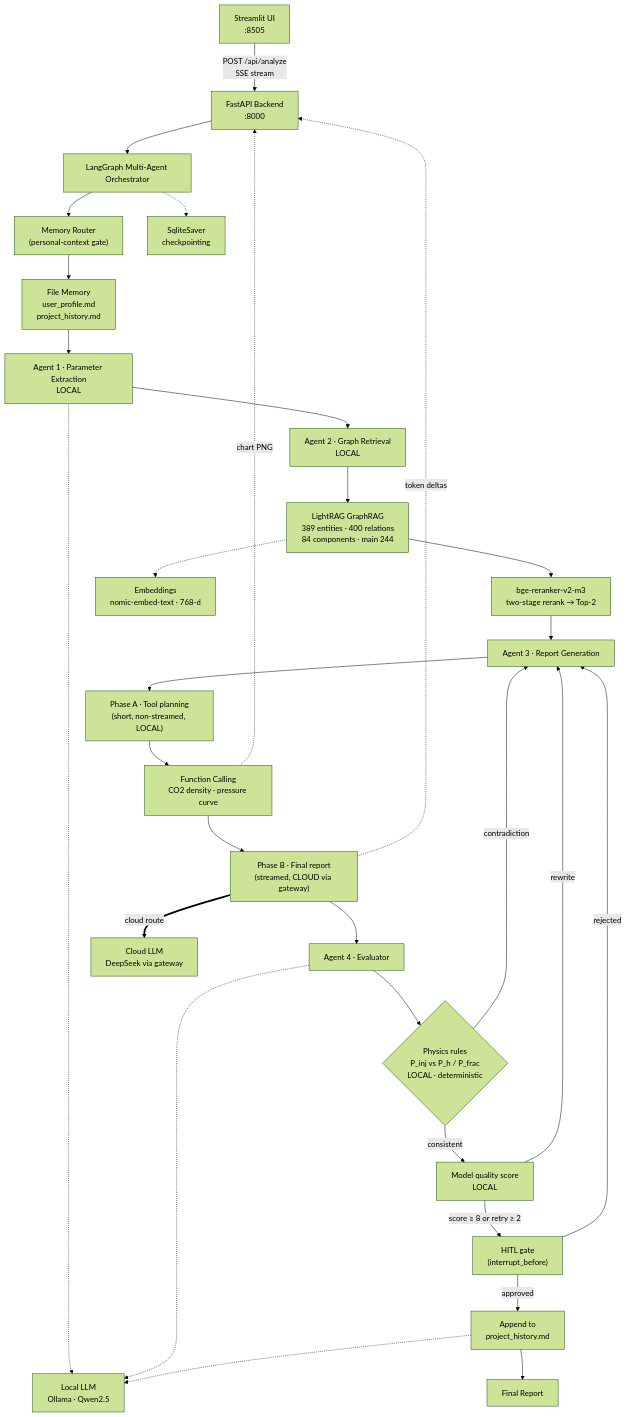
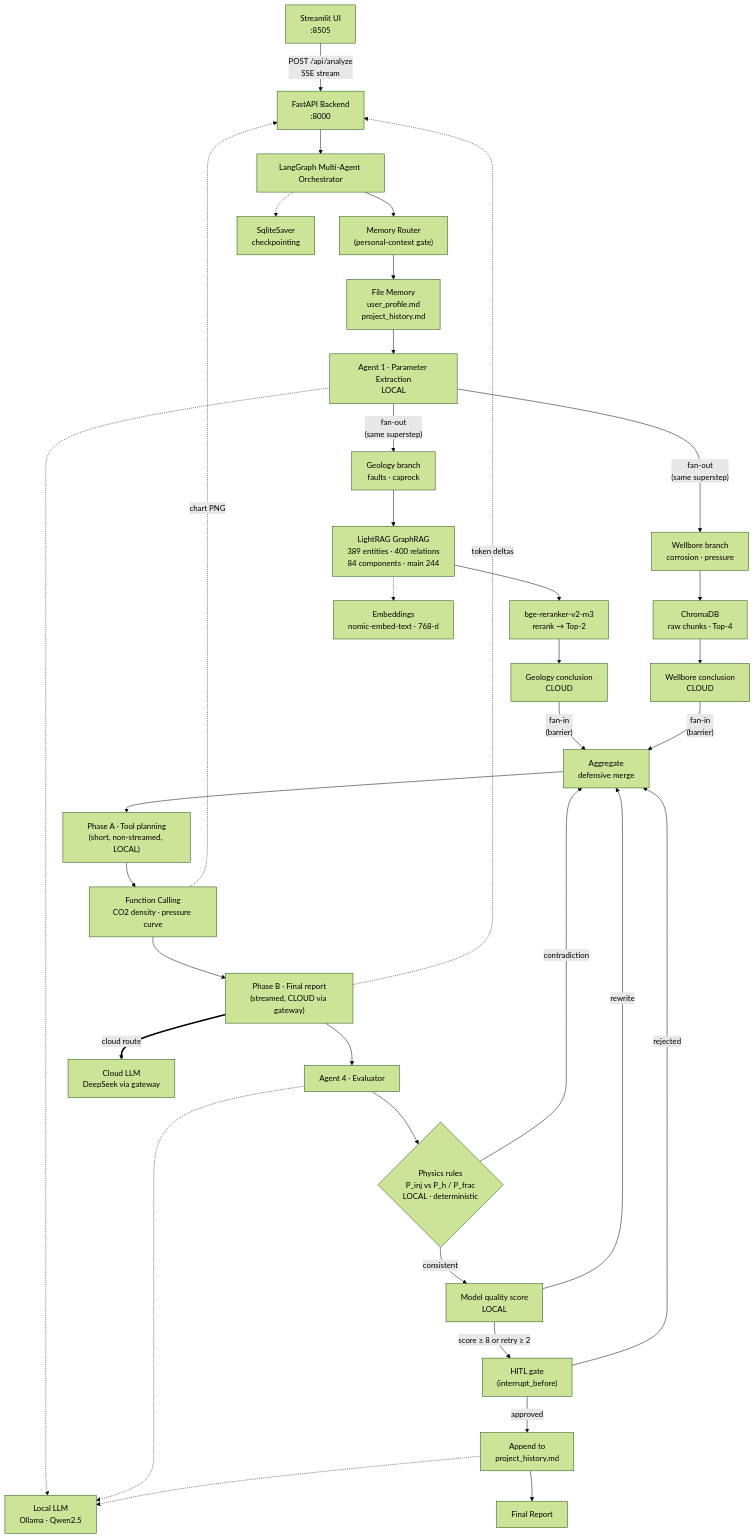
The diagram in README.md (qinruizhang001-hash/petro-rag-agent), drawn with Mermaid (forest theme) before and after one commit. The commit also changed other lines of this file, not shown here.

First line of the commit message:
docs: document the parallel topology, and report the latency it actually costs

````diff
--- a/README.md
+++ b/README.md
@@ -133,37 +134,47 @@
 ```mermaid
 flowchart TD
     UI["Streamlit UI<br/>:8505"] -->|"POST /api/analyze<br/>SSE stream"| API["FastAPI Backend<br/>:8000"]
     API --> LG["LangGraph Multi-Agent Orchestrator"]
 
     LG --> MR["Memory Router<br/>(personal-context gate)"]
 
     MR --> FM["File Memory<br/>user_profile.md<br/>project_history.md"]
 
     FM --> EX["Agent 1 · Parameter Extraction<br/>LOCAL"]
-    EX --> RT["Agent 2 · Graph Retrieval<br/>LOCAL"]
-    RT --> LR["LightRAG GraphRAG<br/>389 entities · 400 relations<br/>84 components · main 244"]
-    LR --> RR["bge-reranker-v2-m3<br/>two-stage rerank → Top-2"]
-    RR --> RP["Agent 3 · Report Generation"]
-    RP --> PLAN["Phase A · Tool planning<br/>(short, non-streamed, LOCAL)"]
+
+    EX -->|"fan-out<br/>(same superstep)"| GEO["Geology branch<br/>faults · caprock"]
+    EX -->|"fan-out<br/>(same superstep)"| WB["Wellbore branch<br/>corrosion · pressure"]
+
+    GEO --> LR["LightRAG GraphRAG<br/>389 entities · 400 relations<br/>84 components · main 244"]
+    LR --> RR["bge-reranker-v2-m3<br/>rerank → Top-2"]
+    RR --> GS["Geology conclusion<br/>CLOUD"]
+
+    WB --> CH["ChromaDB<br/>raw chunks · Top-4"]
+    CH --> WS["Wellbore conclusion<br/>CLOUD"]
+
+    GS -->|"fan-in<br/>(barrier)"| AG["Aggregate<br/>defensive merge"]
+    WS -->|"fan-in<br/>(barrier)"| AG
+
+    AG --> PLAN["Phase A · Tool planning<br/>(short, non-streamed, LOCAL)"]
     PLAN --> FC["Function Calling<br/>CO2 density · pressure curve"]
     FC --> RP2["Phase B · Final report<br/>(streamed, CLOUD via gateway)"]
     RP2 --> EV["Agent 4 · Evaluator"]
     EV --> PH{"Physics rules<br/>P_inj vs P_h / P_frac<br/>LOCAL · deterministic"}
-    PH -->|"contradiction"| RP
+    PH -->|"contradiction"| AG
     PH -->|"consistent"| SC["Model quality score<br/>LOCAL"]
     SC -->|"score ≥ 8 or retry ≥ 2"| HG["HITL gate<br/>(interrupt_before)"]
-    SC -->|"rewrite"| RP
+    SC -->|"rewrite"| AG
     HG -->|"approved"| HM["Append to<br/>project_history.md"]
-    HG -->|"rejected"| RP
+    HG -->|"rejected"| AG
     HM --> OUT["Final Report"]
 
     EX -.-> LOCAL["Local LLM<br/>Ollama · Qwen2.5"]
     EV -.-> LOCAL
     RP2 ==>|"cloud route"| CLOUD["Cloud LLM<br/>DeepSeek via gateway"]
     HM -.-> LOCAL
     LR -.-> EMB["Embeddings<br/>nomic-embed-text · 768-d"]
     LG -.-> CKPT["SqliteSaver<br/>checkpointing"]
 
     RP2 -.->|"token deltas"| API
     FC -.->|"chart PNG"| API
 ```
````
